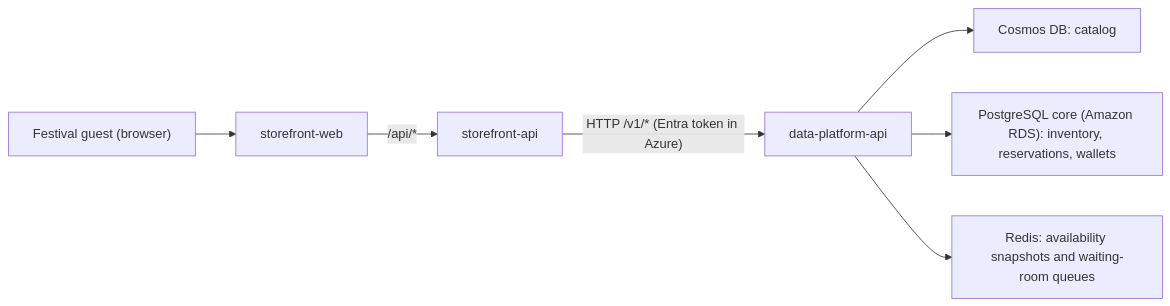
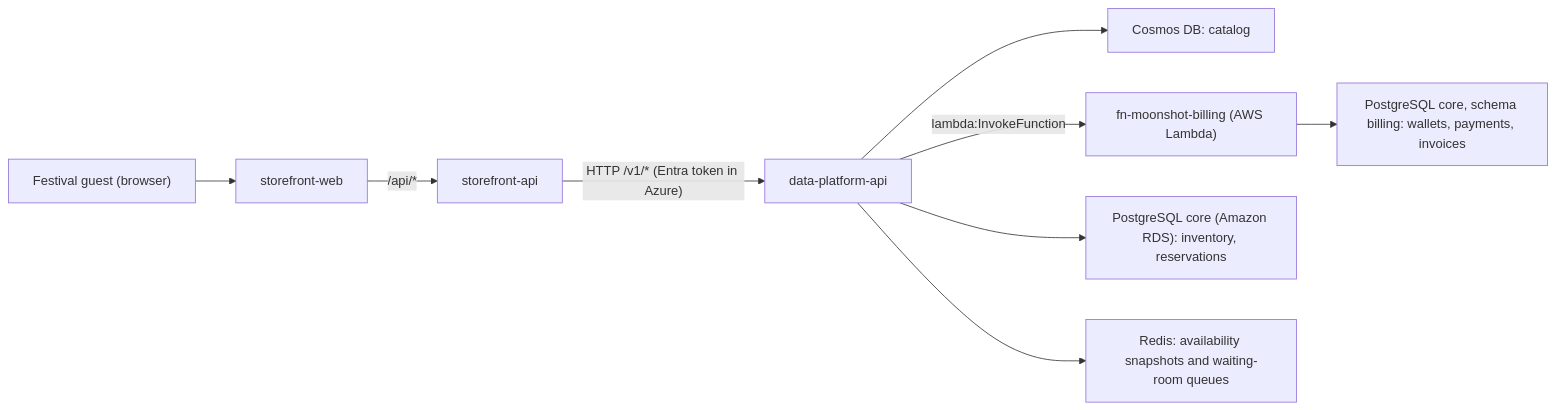
Before and after one commit to sanchitmehta/moonshot-concert: the diagram in docs/service-map.md, drawn with Mermaid. The commit also changed other lines of this file and 43 other files, not shown here.

````diff
--- a/docs/service-map.md
+++ b/docs/service-map.md
@@ -8,9 +8,11 @@
 ```mermaid
 flowchart LR
     Guest["Festival guest (browser)"] --> Web["storefront-web"]
     Web -->|"/api/*"| Storefront["storefront-api"]
     Storefront -->|"HTTP /v1/* (Entra token in Azure)"| DataPlatform["data-platform-api"]
     DataPlatform --> Catalog["Cosmos DB: catalog"]
-    DataPlatform --> Core["PostgreSQL core (Amazon RDS): inventory, reservations, wallets"]
+    DataPlatform -->|"lambda:InvokeFunction"| Billing["fn-moonshot-billing (AWS Lambda)"]
+    DataPlatform --> Core["PostgreSQL core (Amazon RDS): inventory, reservations"]
+    Billing --> CoreBilling["PostgreSQL core, schema billing: wallets, payments, invoices"]
     DataPlatform --> Cache["Redis: availability snapshots and waiting-room queues"]
 ```
````
